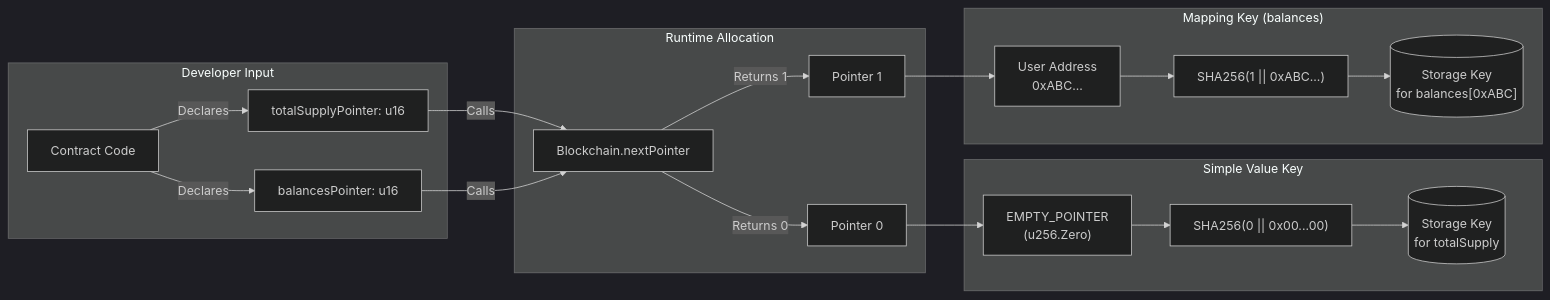
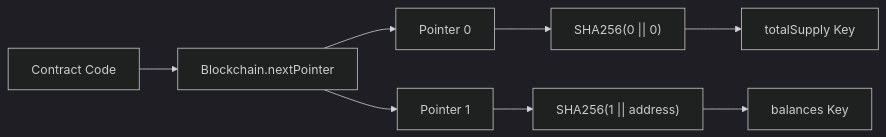
The third of 6 diagrams in docs/core-concepts/storage-system.md (btc-vision/btc-runtime), drawn with Mermaid before and after one commit. The commit also changed other lines of this file and 2 other files, not shown here.

First line of the commit message:
Simplify and update mermaid diagrams in docs

````diff
--- a/docs/core-concepts/storage-system.md
+++ b/docs/core-concepts/storage-system.md
@@ -155,32 +155,14 @@
 ```mermaid
 ---
 config:
   theme: dark
 ---
 flowchart LR
-    subgraph Input["Developer Input"]
-        DEV["Contract Code"]
-        DEV -->|"Declares"| VAR1["totalSupplyPointer: u16"]
-        DEV -->|"Declares"| VAR2["balancesPointer: u16"]
-    end
-
-    subgraph Allocation["Runtime Allocation"]
-        BC["Blockchain.nextPointer"]
-        VAR1 -->|"Calls"| BC
-        VAR2 -->|"Calls"| BC
-        BC -->|"Returns 0"| P0["Pointer 0"]
-        BC -->|"Returns 1"| P1["Pointer 1"]
-    end
-
-    subgraph SimpleKey["Simple Value Key"]
-        P0 --> EMPTY["EMPTY_POINTER<br/>(u256.Zero)"]
-        EMPTY --> HASH1["SHA256(0 || 0x00...00)"]
-        HASH1 --> KEY1[("Storage Key<br/>for totalSupply")]
-    end
-
-    subgraph MappingKey["Mapping Key (balances)"]
-        P1 --> ADDR["User Address<br/>0xABC..."]
-        ADDR --> HASH2["SHA256(1 || 0xABC...)"]
-        HASH2 --> KEY2[("Storage Key<br/>for balances[0xABC]")]
-    end
+    Dev["Contract Code"] --> Alloc["Blockchain.nextPointer"]
+    Alloc --> P0["Pointer 0"]
+    Alloc --> P1["Pointer 1"]
+    P0 --> Hash1["SHA256(0 || 0)"]
+    P1 --> Hash2["SHA256(1 || address)"]
+    Hash1 --> K1["totalSupply Key"]
+    Hash2 --> K2["balances Key"]
 ```
````
